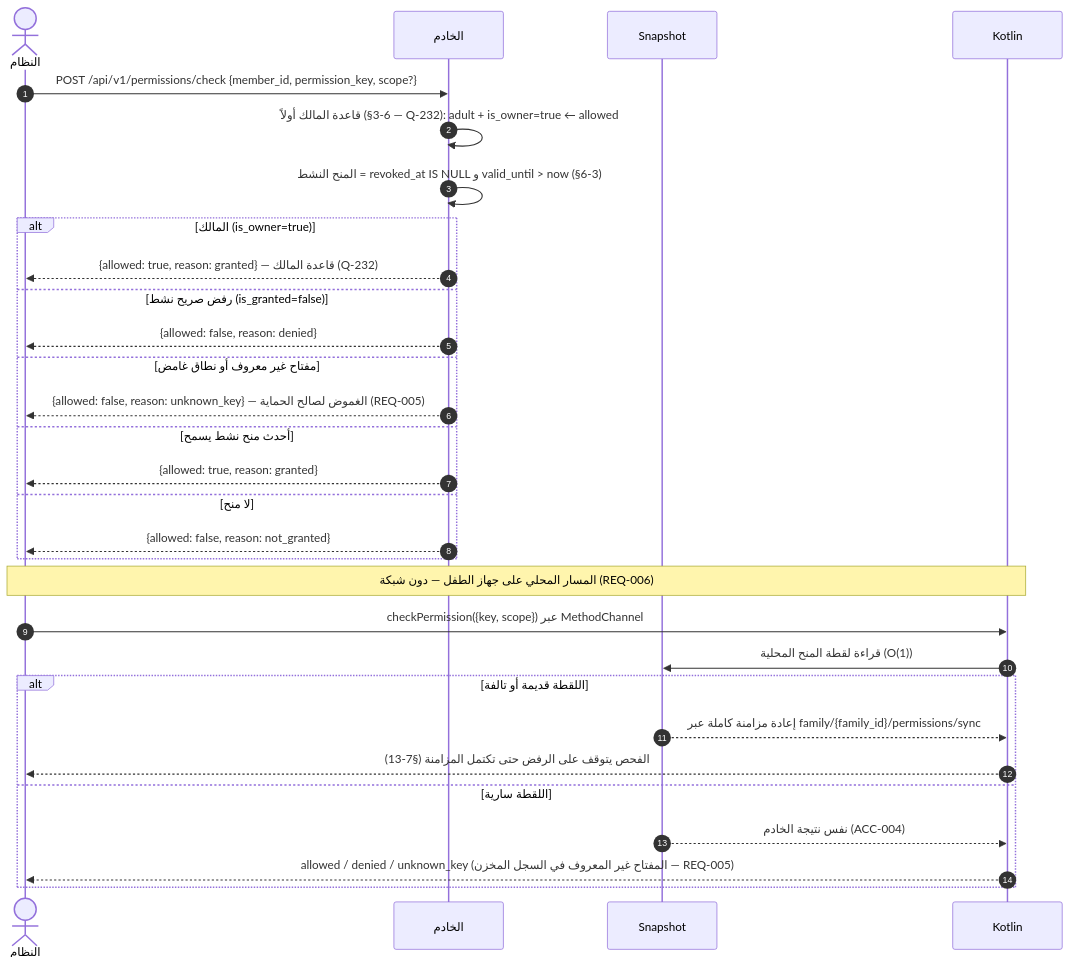
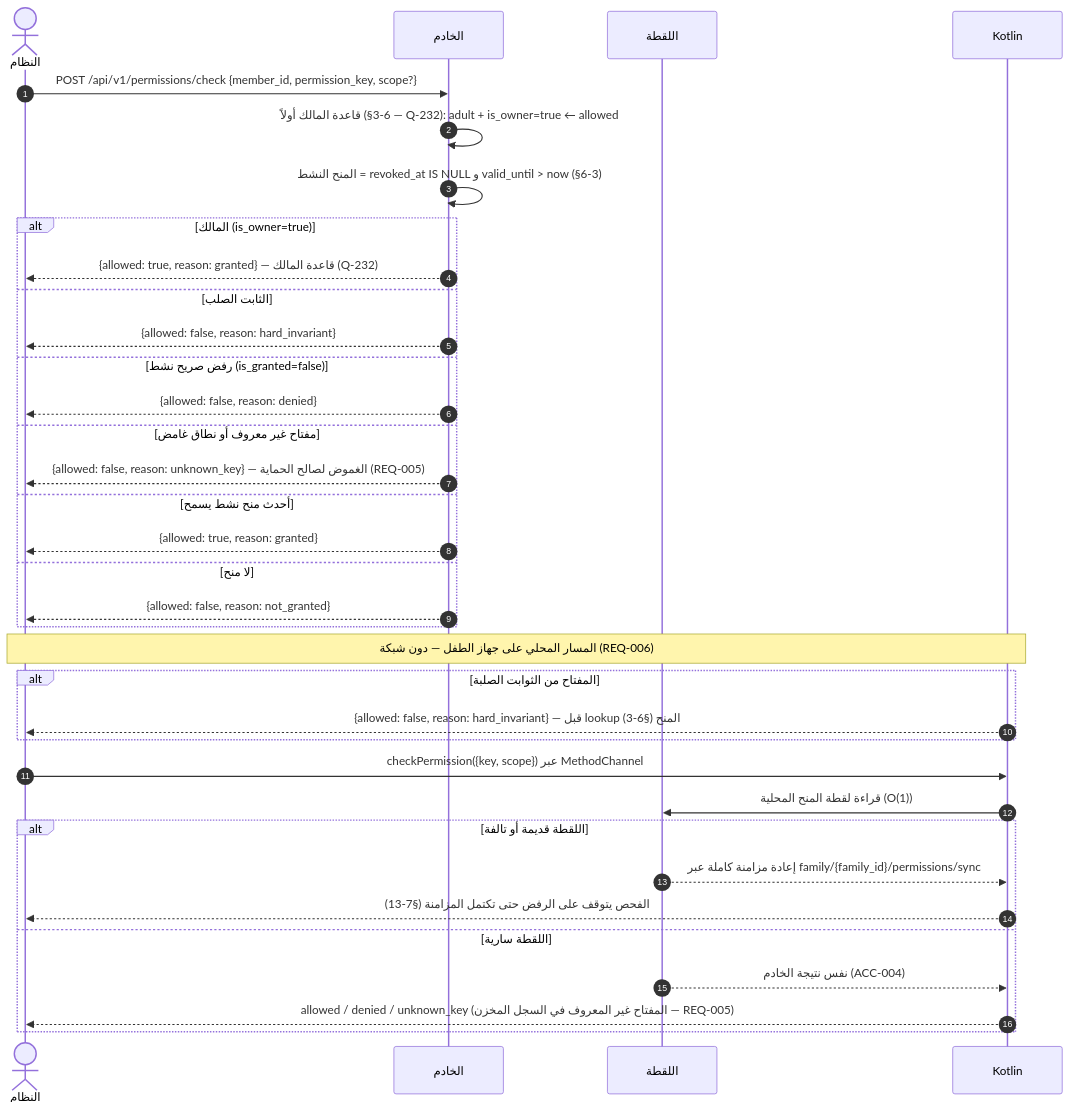
The fifth of 14 diagrams in docs/family-os/governance/phases/phase-1/S1-03-family-roles-and-permissions/DIAGRAMS.md (Bassam-mohammed-alqaeadi/family-os-v2), drawn with Mermaid before and after one commit. The commit also changed other lines of this file and 1 other file, not shown here.

````diff
--- a/docs/family-os/governance/phases/phase-1/S1-03-family-roles-and-permissions/DIAGRAMS.md
+++ b/docs/family-os/governance/phases/phase-1/S1-03-family-roles-and-permissions/DIAGRAMS.md
@@ -256,32 +270,37 @@
 ```mermaid
 sequenceDiagram
     autonumber
     actor System as النظام
     participant Ktor as الخادم
-    participant اللقطة as Snapshot
+    participant Snapshot as اللقطة
     participant K as Kotlin
     System->>Ktor: POST /api/v1/permissions/check {member_id, permission_key, scope?}
     Ktor->>Ktor: قاعدة المالك أولاً (§6-3 — Q-232): adult + is_owner=true ← allowed
     Ktor->>Ktor: المنح النشط = revoked_at IS NULL و valid_until > now (§6-3)
     alt المالك (is_owner=true)
         Ktor-->>System: {allowed: true, reason: granted} — قاعدة المالك (Q-232)
+    else الثابت الصلب
+        Ktor-->>System: {allowed: false, reason: hard_invariant}
     else رفض صريح نشط (is_granted=false)
         Ktor-->>System: {allowed: false, reason: denied}
     else مفتاح غير معروف أو نطاق غامض
         Ktor-->>System: {allowed: false, reason: unknown_key} — الغموض لصالح الحماية (REQ-005)
     else أحدث منح نشط يسمح
         Ktor-->>System: {allowed: true, reason: granted}
     else لا منح
         Ktor-->>System: {allowed: false, reason: not_granted}
     end
     Note over System,K: المسار المحلي على جهاز الطفل — دون شبكة (REQ-006)
+    alt المفتاح من الثوابت الصلبة
+        K-->>System: {allowed: false, reason: hard_invariant} — قبل lookup المنح (§6-3)
+    end
     System->>K: checkPermission({key, scope}) عبر MethodChannel
-    K->>اللقطة: قراءة لقطة المنح المحلية (O(1))
+    K->>Snapshot: قراءة لقطة المنح المحلية (O(1))
     alt اللقطة قديمة أو تالفة
-        اللقطة-->>K: إعادة مزامنة كاملة عبر family/{family_id}/permissions/sync
+        Snapshot-->>K: إعادة مزامنة كاملة عبر family/{family_id}/permissions/sync
         K-->>System: الفحص يتوقف على الرفض حتى تكتمل المزامنة (§7-13)
     else اللقطة سارية
-        اللقطة-->>K: نفس نتيجة الخادم (ACC-004)
+        Snapshot-->>K: نفس نتيجة الخادم (ACC-004)
         K-->>System: allowed / denied / unknown_key (المفتاح غير المعروف في السجل المخزن — REQ-005)
     end
 ```
````
